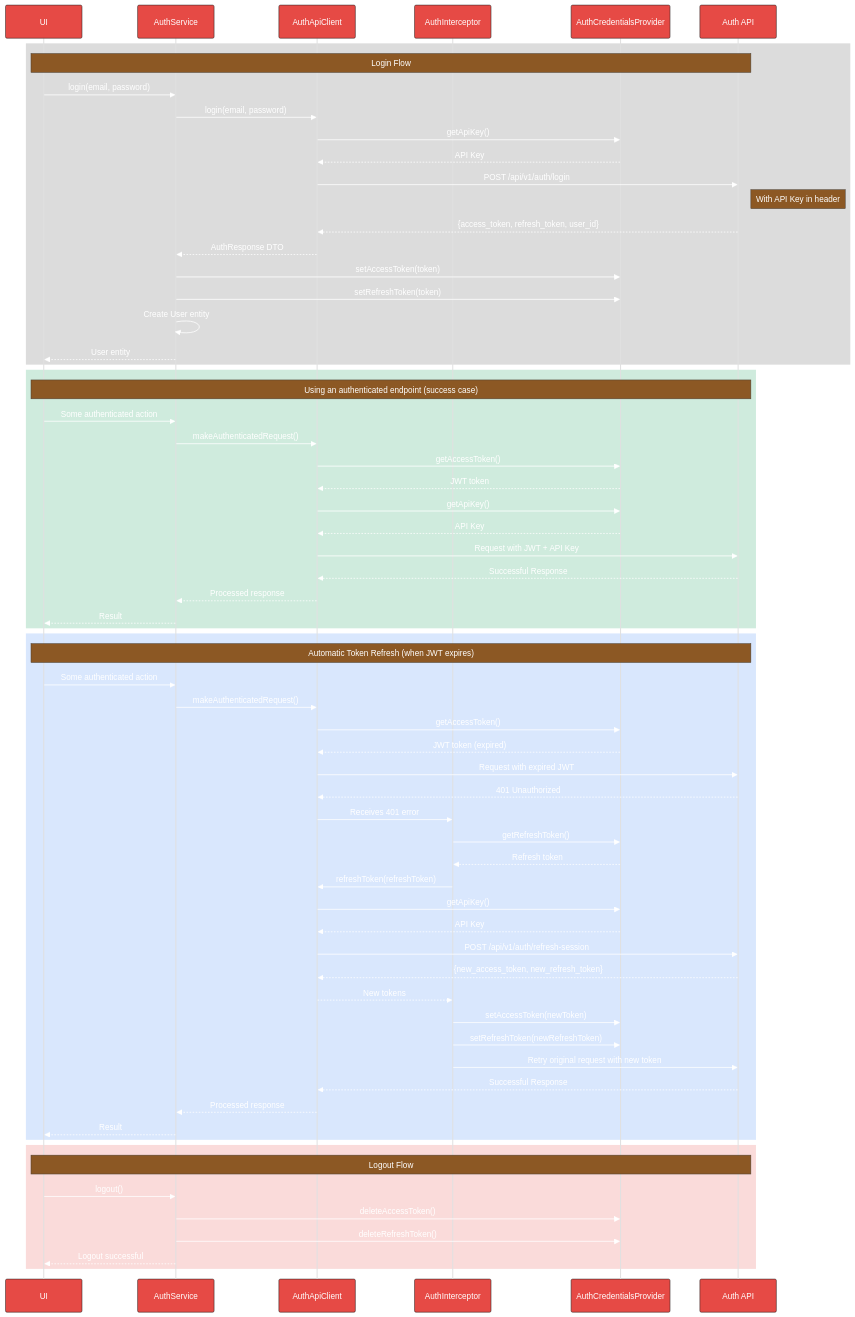
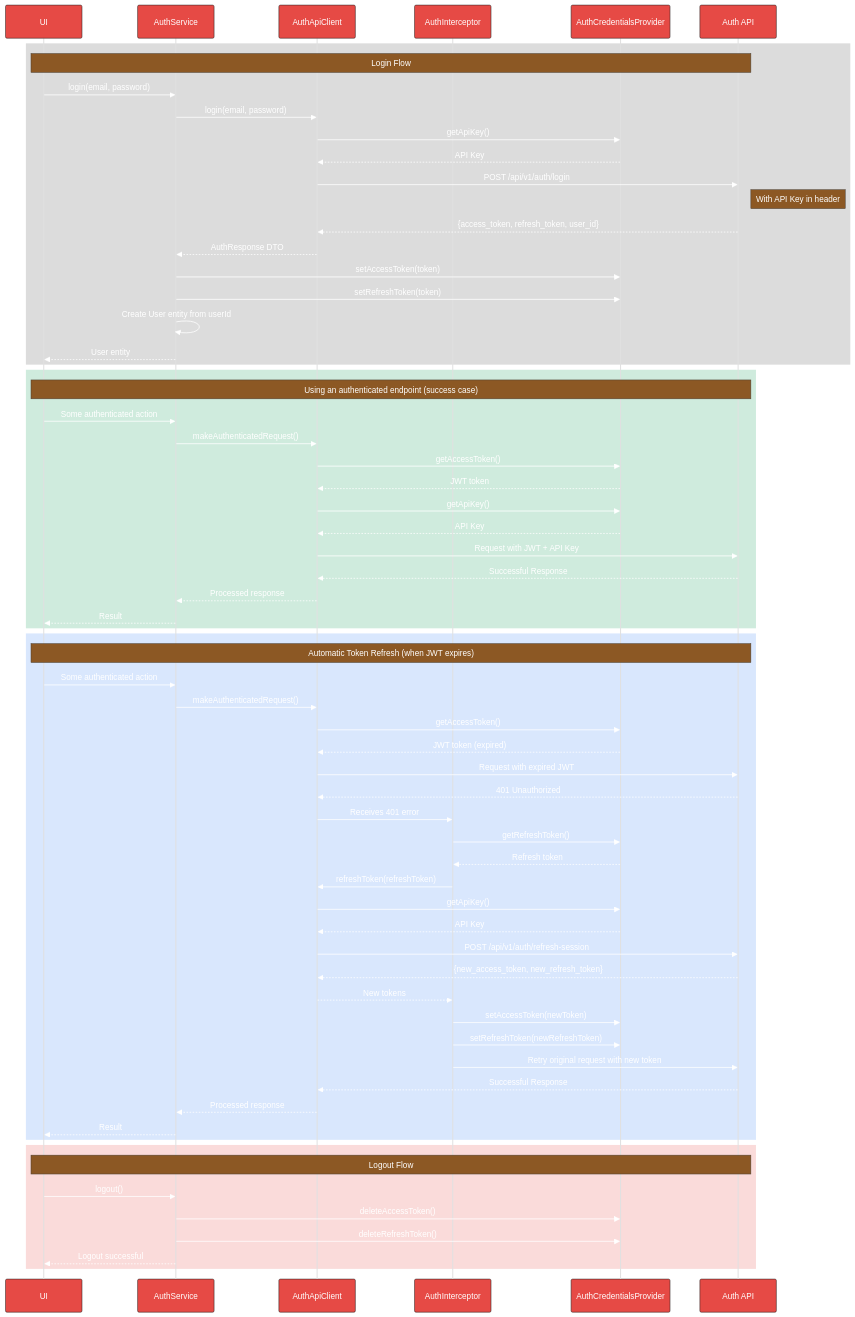
The second of 3 diagrams in docs/fresh-start/auth_architecture.md (MediScribe/docjet-mobile), drawn with Mermaid before and after one commit. The commit also changed other lines of this file, not shown here.

First line of the commit message:
Document auth implementation gaps and future enhancements

```diff
--- a/docs/fresh-start/auth_architecture.md
+++ b/docs/fresh-start/auth_architecture.md
@@ -88,7 +90,7 @@
     ApiClient-->>AuthSvc: AuthResponse DTO
     AuthSvc->>CredProvider: setAccessToken(token)
     AuthSvc->>CredProvider: setRefreshToken(token)
-    AuthSvc->>AuthSvc: Create User entity
+    AuthSvc->>AuthSvc: Create User entity from userId
     AuthSvc-->>UI: User entity
     end
     
```
